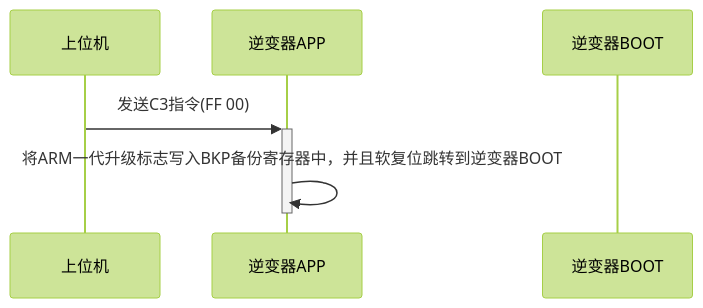
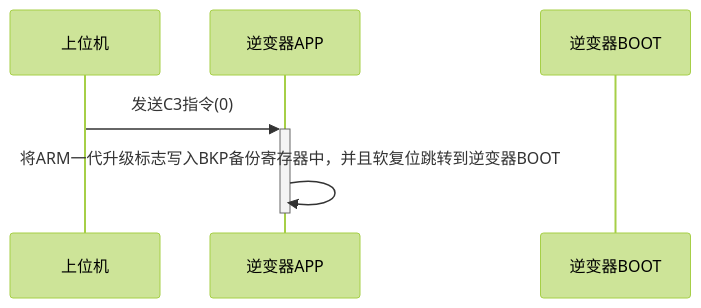
One commit to 2078142847/iodraw-files changed the diagram in all/未命名-2.md. Above: the diagram before and after it, drawn with Mermaid (forest theme).

Commit message:
2024-05-30 15:18:11 update

````diff
--- a/all/未命名-2.md
+++ b/all/未命名-2.md
@@ -1,11 +1,11 @@
 ```mermaid
 sequenceDiagram
 
     participant A as 上位机
     participant B as 逆变器APP
     participant C as 逆变器BOOT
-    A->>+B: 发送C3指令(FF 00)
+    A->>+B: 发送C3指令(0)
     B->>-B: 将ARM一代升级标志写入BKP备份寄存器中，并且软复位跳转到逆变器BOOT
 
     
 ```
````
